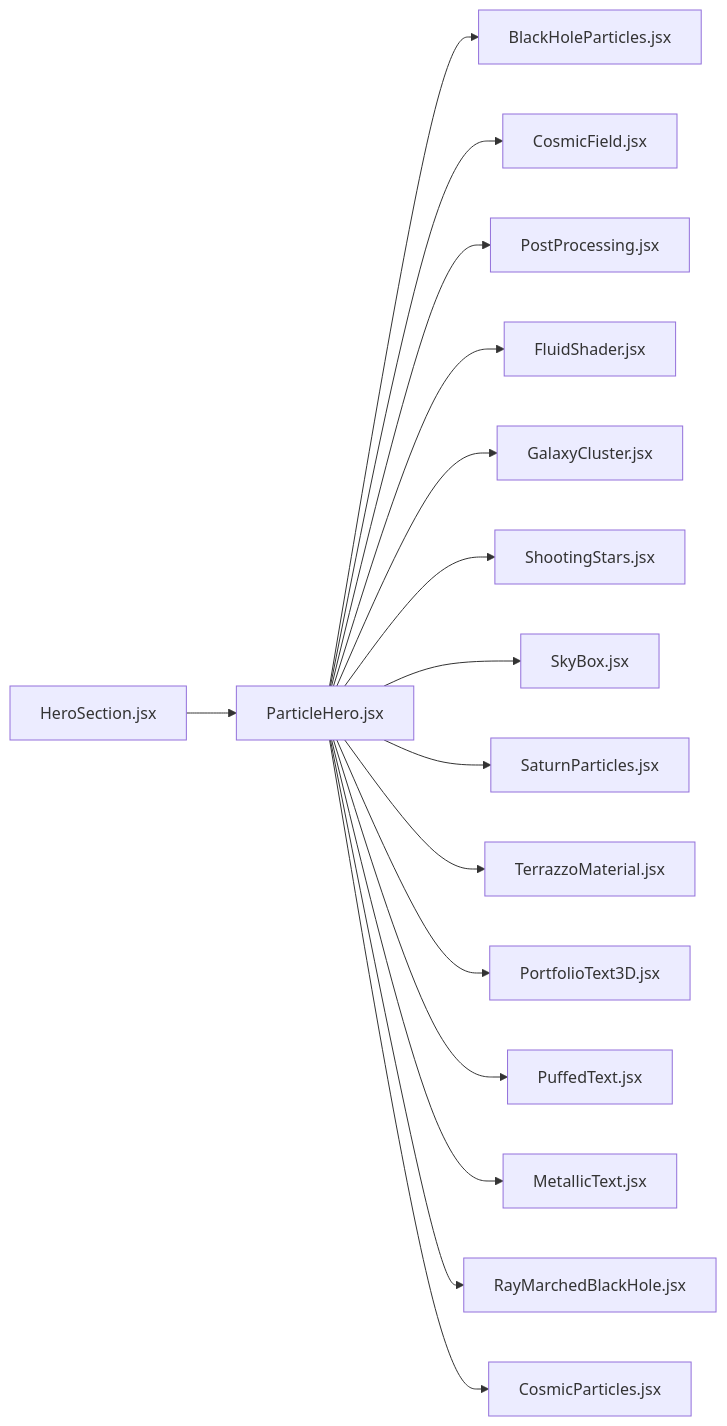
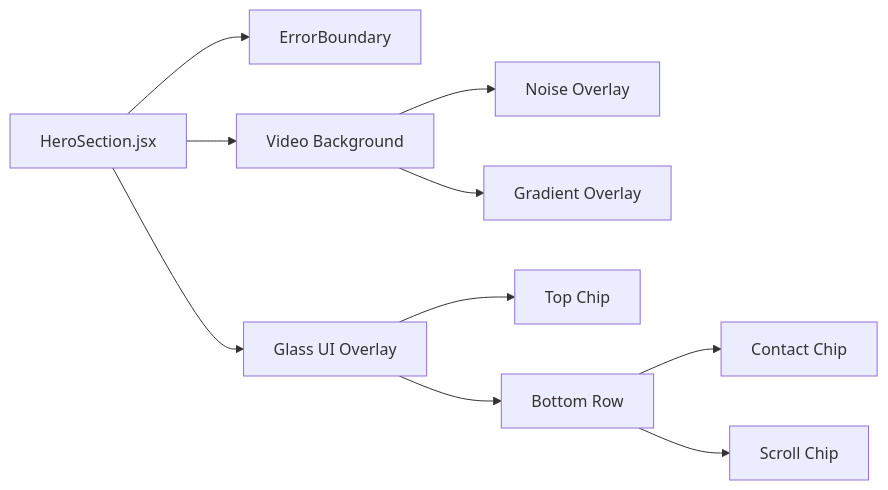
The third of 3 diagrams in .qoder/repowiki/zh/content/核心功能模块/英雄区域组件.md (lithos666/lithos666.github.io), drawn with Mermaid before and after one commit. The commit also changed other lines of this file and 51 other files, not shown here.

````diff
--- a/.qoder/repowiki/zh/content/核心功能模块/英雄区域组件.md
+++ b/.qoder/repowiki/zh/content/核心功能模块/英雄区域组件.md
@@ -295,18 +218,12 @@
 ```mermaid
 graph LR
-HS["HeroSection.jsx"] --> PH["ParticleHero.jsx"]
-PH --> BH["BlackHoleParticles.jsx"]
-PH --> CF["CosmicField.jsx"]
-PH --> PP["PostProcessing.jsx"]
-PH --> FS["FluidShader.jsx"]
-PH --> GC["GalaxyCluster.jsx"]
-PH --> SS["ShootingStars.jsx"]
-PH --> SB["SkyBox.jsx"]
-PH --> SP["SaturnParticles.jsx"]
-PH --> TM["TerrazzoMaterial.jsx"]
-PH --> PT3D["PortfolioText3D.jsx"]
-PH --> PT["PuffedText.jsx"]
-PH --> MT["MetallicText.jsx"]
-PH --> RBH["RayMarchedBlackHole.jsx"]
-PH --> CP["CosmicParticles.jsx"]
+HS["HeroSection.jsx"] --> EB["ErrorBoundary"]
+HS --> VB["Video Background"]
+HS --> UI["Glass UI Overlay"]
+VB --> NO["Noise Overlay"]
+VB --> GR["Gradient Overlay"]
+UI --> TC["Top Chip"]
+UI --> BR["Bottom Row"]
+BR --> CC["Contact Chip"]
+BR --> SC["Scroll Chip"]
 ```
````
